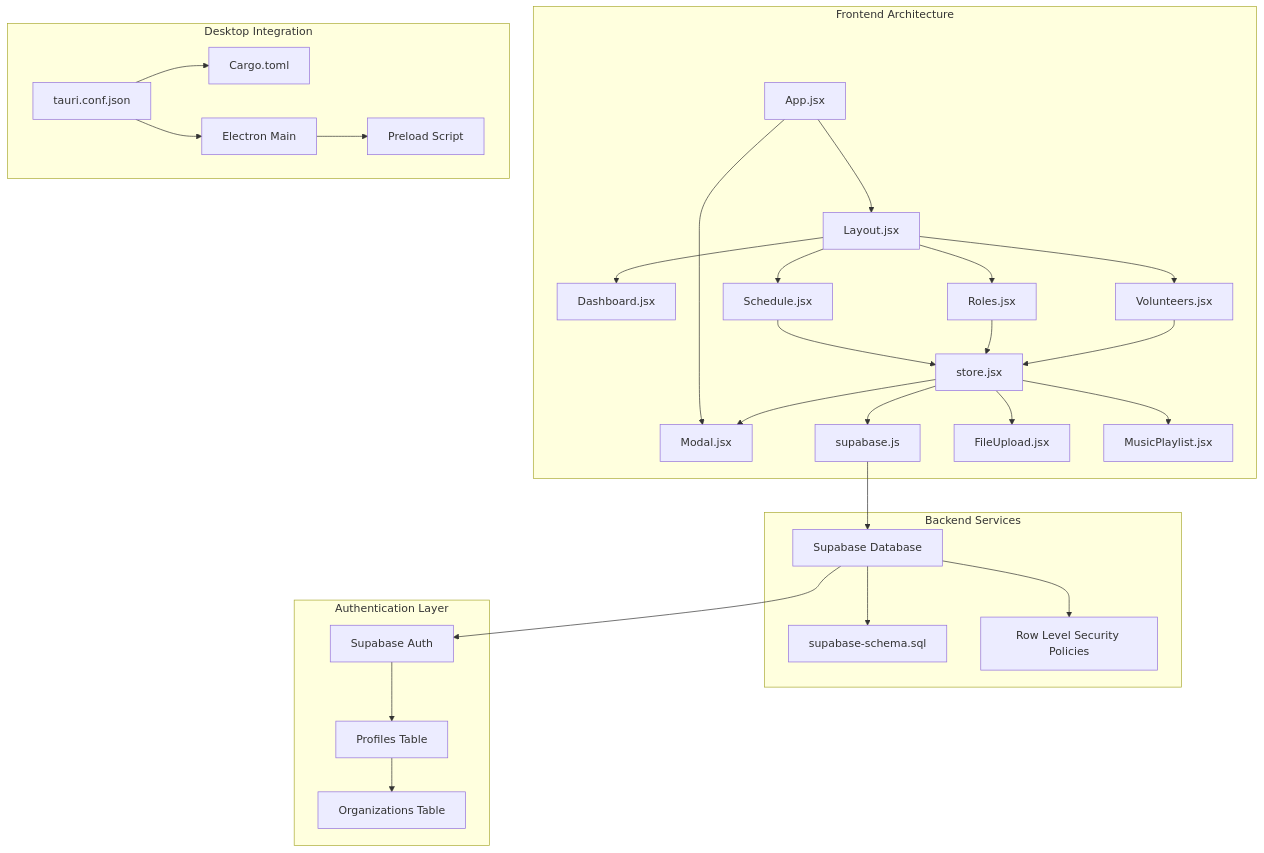
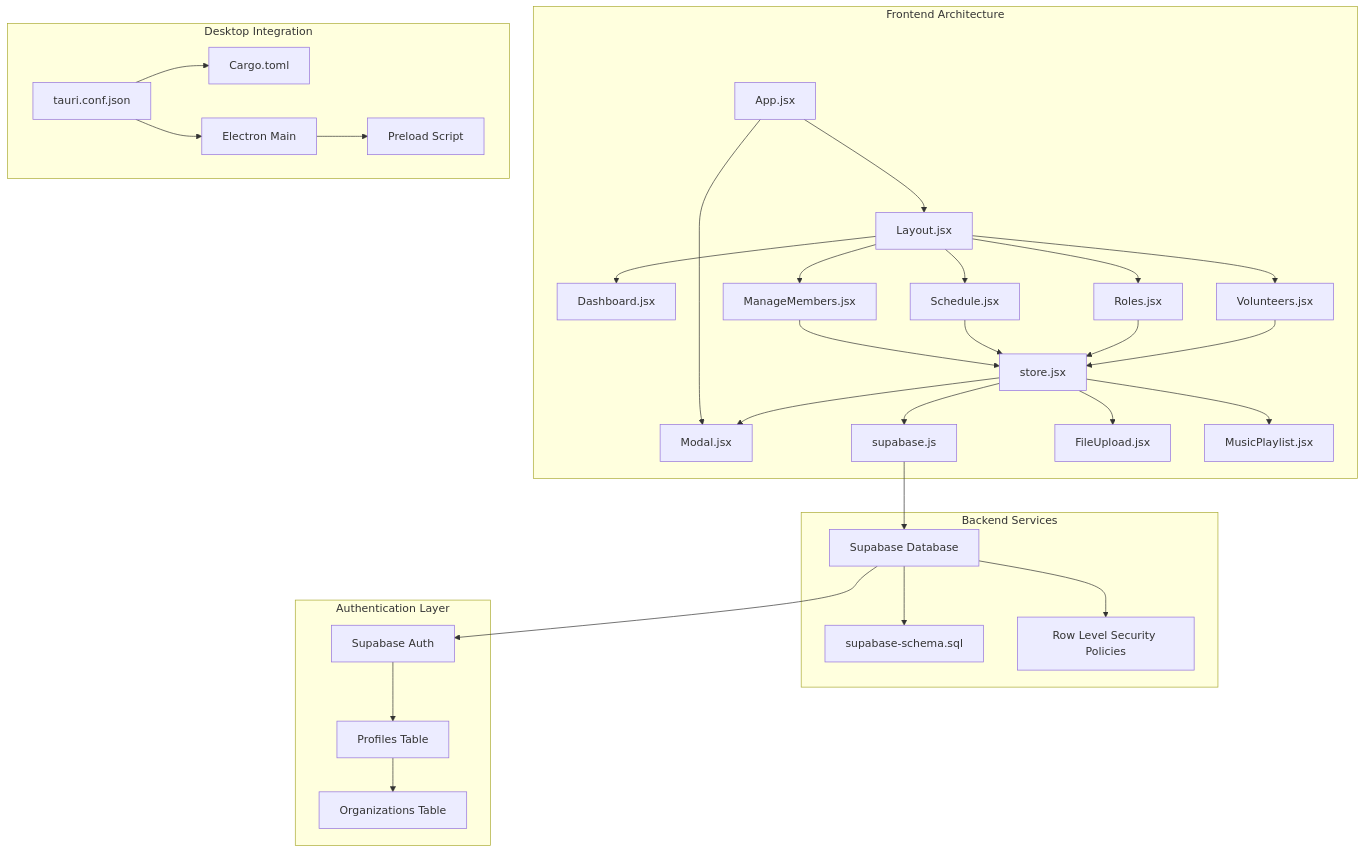
One commit to netdaniel/serveflow changed the first of 7 diagrams in .qoder/repowiki/en/content/Volunteer Management System/Volunteer Management System.md. Above: the diagram before and after it, drawn with Mermaid. The commit also changed other lines of this file and 15 other files, not shown here.

````diff
--- a/.qoder/repowiki/en/content/Volunteer Management System/Volunteer Management System.md
+++ b/.qoder/repowiki/en/content/Volunteer Management System/Volunteer Management System.md
@@ -51,54 +52,57 @@
 ```mermaid
 graph TB
 subgraph "Frontend Architecture"
 App["App.jsx"]
 Layout["Layout.jsx"]
 Dashboard["Dashboard.jsx"]
 Volunteers["Volunteers.jsx"]
 Roles["Roles.jsx"]
 Schedule["Schedule.jsx"]
+ManageMembers["ManageMembers.jsx"]
 Modal["Modal.jsx"]
 Store["store.jsx"]
 Supabase["supabase.js"]
 FileUpload["FileUpload.jsx"]
 MusicPlaylist["MusicPlaylist.jsx"]
 end
 subgraph "Backend Services"
 DB["Supabase Database"]
 Schema["supabase-schema.sql"]
 RLSPolicies["Row Level Security Policies"]
 end
 subgraph "Desktop Integration"
 TauriConf["tauri.conf.json"]
 Cargo["Cargo.toml"]
 Electron["Electron Main"]
 Preload["Preload Script"]
 end
 subgraph "Authentication Layer"
 Auth["Supabase Auth"]
 Profiles["Profiles Table"]
 Organizations["Organizations Table"]
 end
 App --> Layout
 Layout --> Dashboard
 Layout --> Volunteers
 Layout --> Roles
 Layout --> Schedule
+Layout --> ManageMembers
 Volunteers --> Store
 Roles --> Store
 Schedule --> Store
+ManageMembers --> Store
 Store --> Supabase
 Supabase --> DB
 DB --> Schema
 DB --> RLSPolicies
 DB --> Auth
 Auth --> Profiles
 Profiles --> Organizations
 Store --> Modal
 Store --> FileUpload
 Store --> MusicPlaylist
 App --> Modal
 TauriConf --> Cargo
 TauriConf --> Electron
 Electron --> Preload
 ```
````
